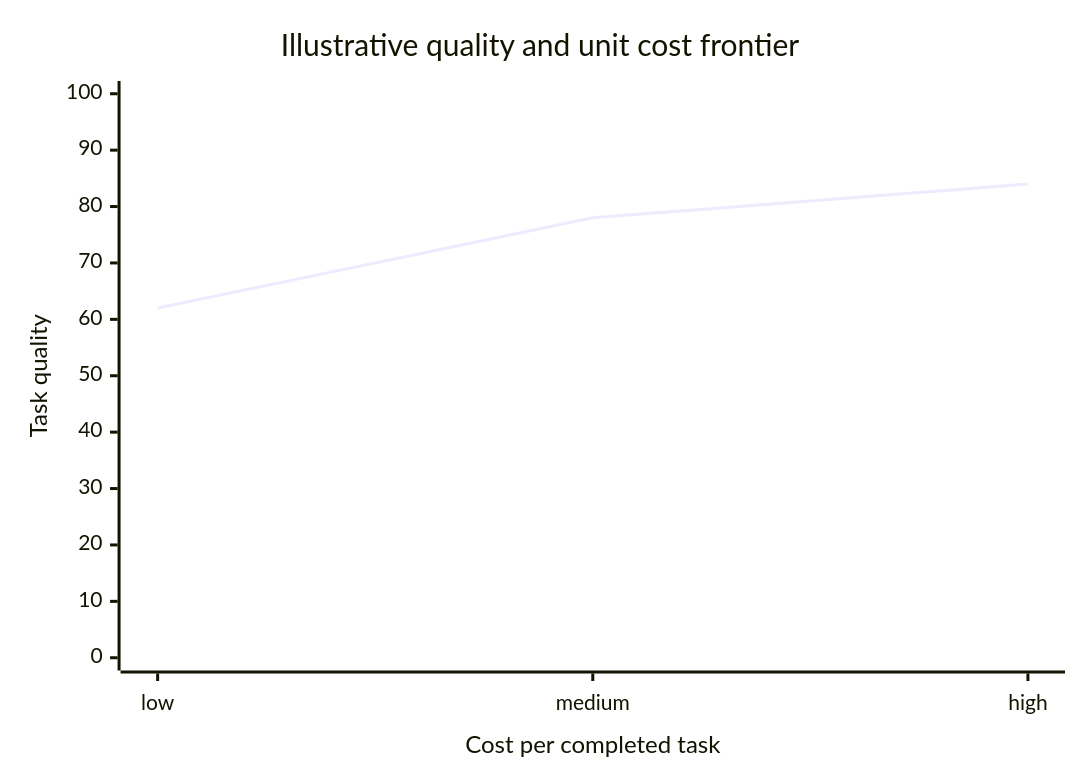
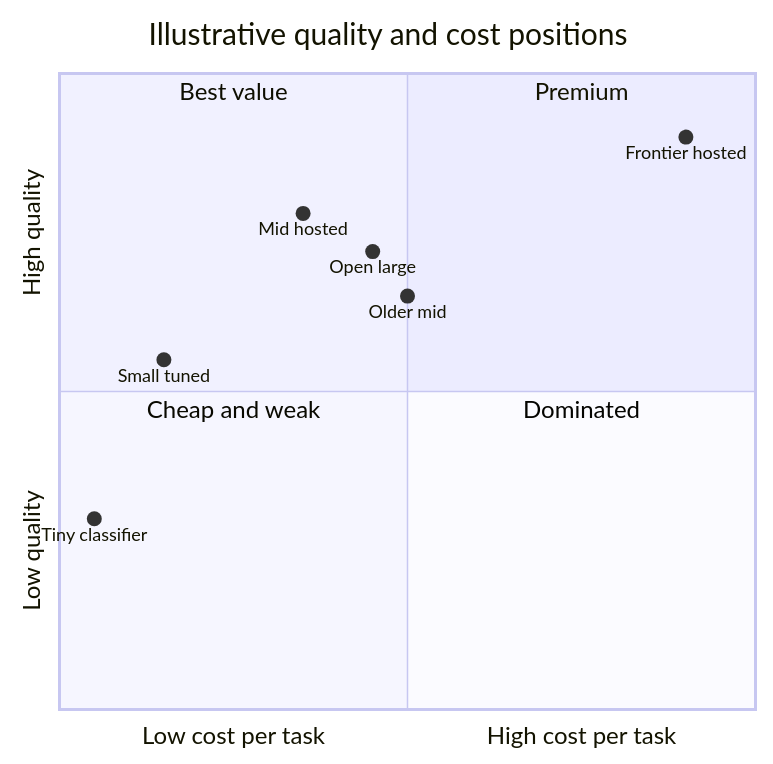
Before and after one commit to joydasss/Architect: the ninth of 12 diagrams in 17_AI_Architecture/CH02_AI_Capability_and_Model_Selection.md, drawn with Mermaid. The commit also changed other lines of this file and 295 other files, not shown here.

````diff
--- a/17_AI_Architecture/CH02_AI_Capability_and_Model_Selection.md
+++ b/17_AI_Architecture/CH02_AI_Capability_and_Model_Selection.md
@@ -75,7 +813,16 @@
 ```mermaid
-xychart-beta
-    title "Illustrative quality and unit cost frontier"
-    x-axis "Cost per completed task" [low, medium, high]
-    y-axis "Task quality" 0 --> 100
-    line [62, 78, 84]
+quadrantChart
+    title Illustrative quality and cost positions
+    x-axis Low cost per task --> High cost per task
+    y-axis Low quality --> High quality
+    quadrant-1 Premium
+    quadrant-2 Best value
+    quadrant-3 Cheap and weak
+    quadrant-4 Dominated
+    Frontier hosted: [0.90, 0.90]
+    Mid hosted: [0.35, 0.78]
+    Open large: [0.45, 0.72]
+    Small tuned: [0.15, 0.55]
+    Tiny classifier: [0.05, 0.30]
+    Older mid: [0.50, 0.65]
 ```
````
